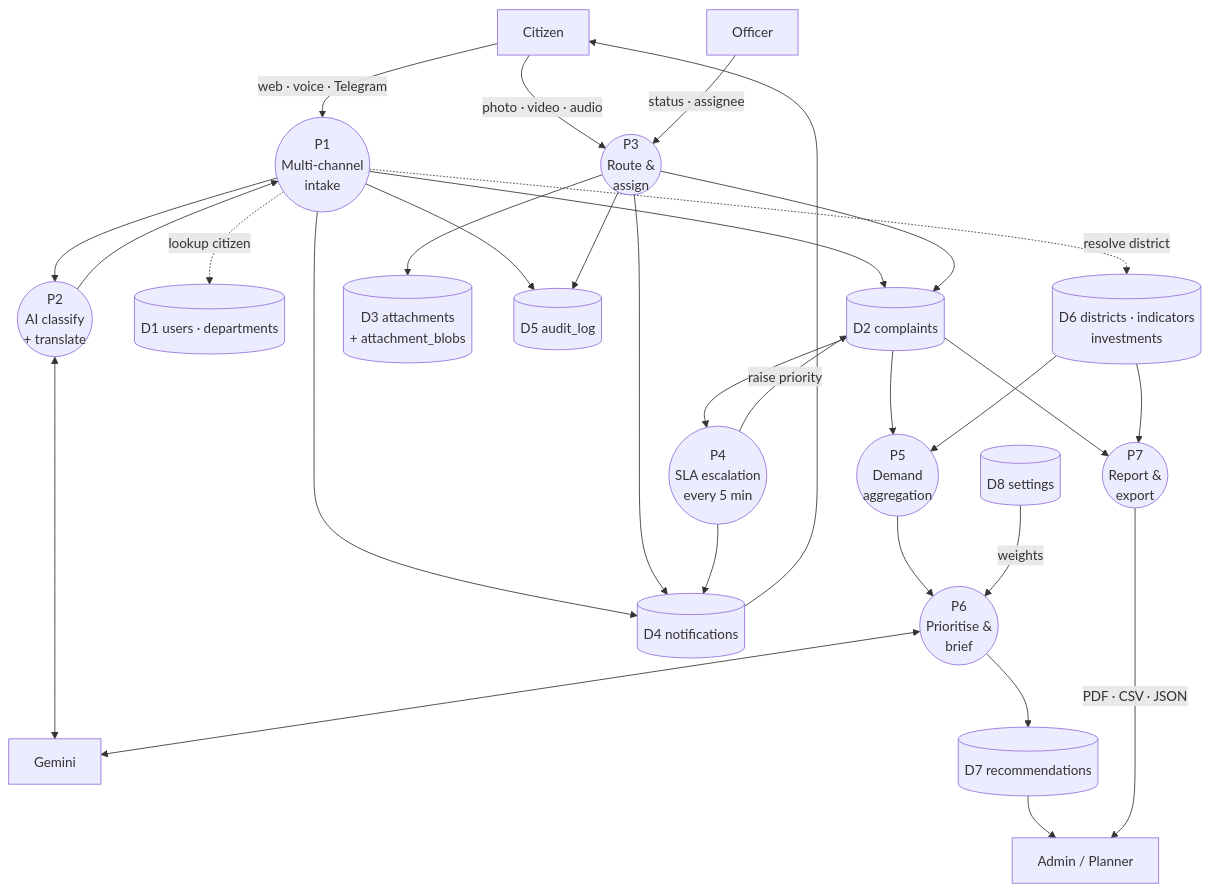
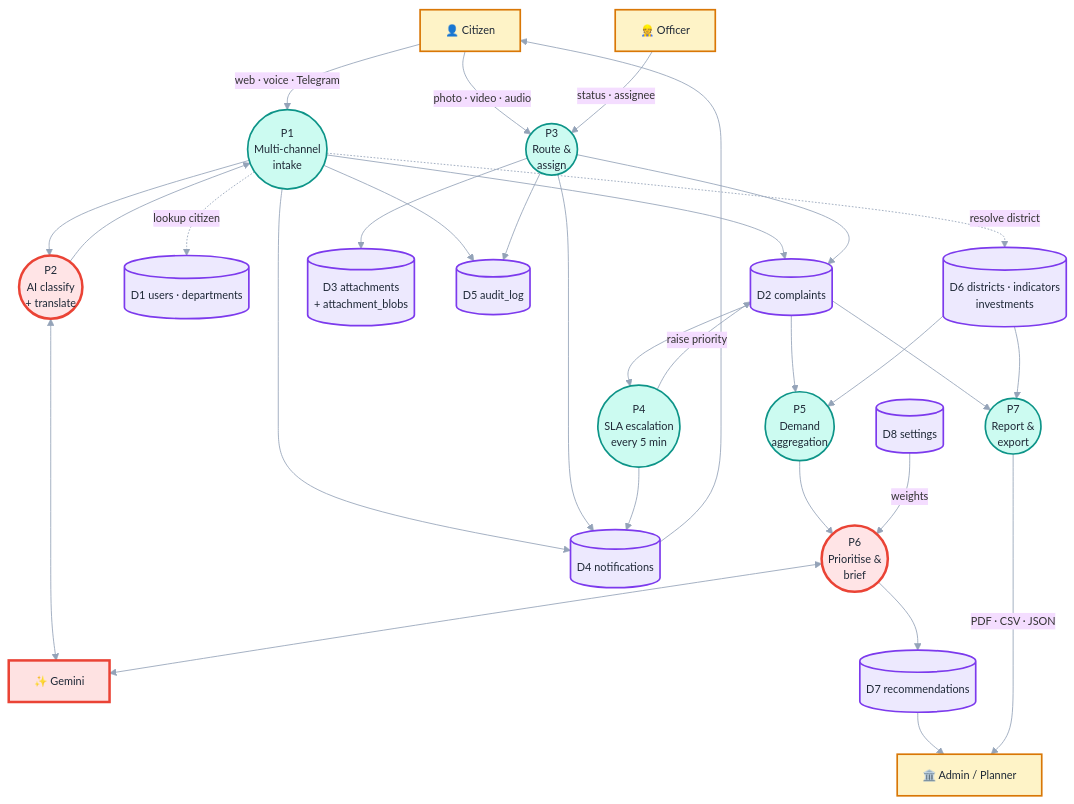
One commit to khushboocodes/Nivaran changed the fifth of 7 diagrams in README.md. Above: the diagram before and after it, drawn with Mermaid. The commit also changed other lines of this file, not shown here.

First line of the commit message:
docs(readme): colour the diagrams, document every Google call site, expand history

````diff
--- a/README.md
+++ b/README.md
@@ -355,54 +513,67 @@
 ```mermaid
+%%{init: {'theme':'base','themeVariables':{'fontSize':'13px','lineColor':'#94a3b8'}}}%%
 graph TB
-    CIT["Citizen"]
-    OFF["Officer"]
-    ADM["Admin / Planner"]
-    GEMX["Gemini"]
+    CIT["👤 Citizen"]
+    OFF["👷 Officer"]
+    ADM["🏛️ Admin / Planner"]
+    GEMX["✨ Gemini"]
 
     P1(("P1<br/>Multi-channel<br/>intake"))
     P2(("P2<br/>AI classify<br/>+ translate"))
     P3(("P3<br/>Route &<br/>assign"))
     P4(("P4<br/>SLA escalation<br/>every 5 min"))
     P5(("P5<br/>Demand<br/>aggregation"))
     P6(("P6<br/>Prioritise &<br/>brief"))
     P7(("P7<br/>Report &<br/>export"))
 
     D1[("D1 users · departments")]
     D2[("D2 complaints")]
     D3[("D3 attachments<br/>+ attachment_blobs")]
     D4[("D4 notifications")]
     D5[("D5 audit_log")]
     D6[("D6 districts · indicators<br/>investments")]
     D7[("D7 recommendations")]
     D8[("D8 settings")]
 
     CIT -->|"web · voice · Telegram"| P1
     CIT -->|"photo · video · audio"| P3
     P1 --> P2
     P2 <--> GEMX
     P2 --> P1
     P1 --> D2
     P1 --> D4
     P1 --> D5
     P1 -.->|"resolve district"| D6
     P1 -.->|"lookup citizen"| D1
     P3 --> D3
     OFF -->|"status · assignee"| P3
     P3 --> D2
     P3 --> D4
     P3 --> D5
     D2 --> P4
     P4 -->|"raise priority"| D2
     P4 --> D4
     D2 --> P5
     D6 --> P5
     P5 --> P6
     D8 -->|"weights"| P6
     P6 <--> GEMX
     P6 --> D7
     D7 --> ADM
     D2 --> P7
     D6 --> P7
     P7 -->|"PDF · CSV · JSON"| ADM
     D4 --> CIT
+
+    classDef actor fill:#fef3c7,stroke:#d97706,stroke-width:2px,color:#1f2937
+    classDef proc fill:#ccfbf1,stroke:#0d9488,stroke-width:2px,color:#1f2937
+    classDef procAI fill:#ffe4e6,stroke:#ea4335,stroke-width:3px,color:#1f2937
+    classDef store fill:#ede9fe,stroke:#7c3aed,stroke-width:2px,color:#1f2937
+    classDef google fill:#fee2e2,stroke:#ea4335,stroke-width:3px,color:#1f2937
+
+    class CIT,OFF,ADM actor
+    class P1,P3,P4,P5,P7 proc
+    class P2,P6 procAI
+    class D1,D2,D3,D4,D5,D6,D7,D8 store
+    class GEMX google
 ```
````
